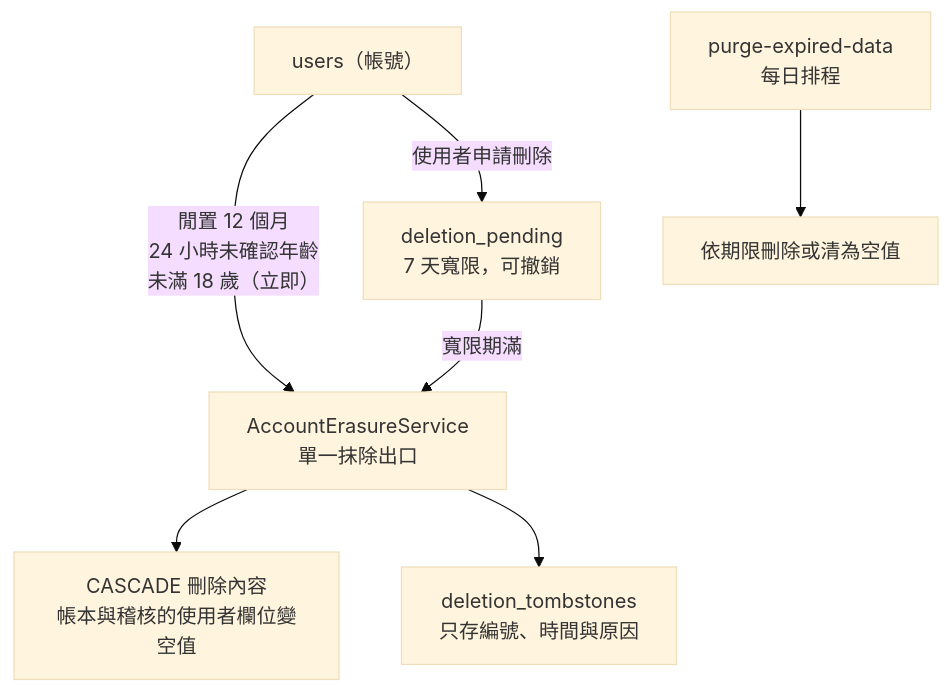
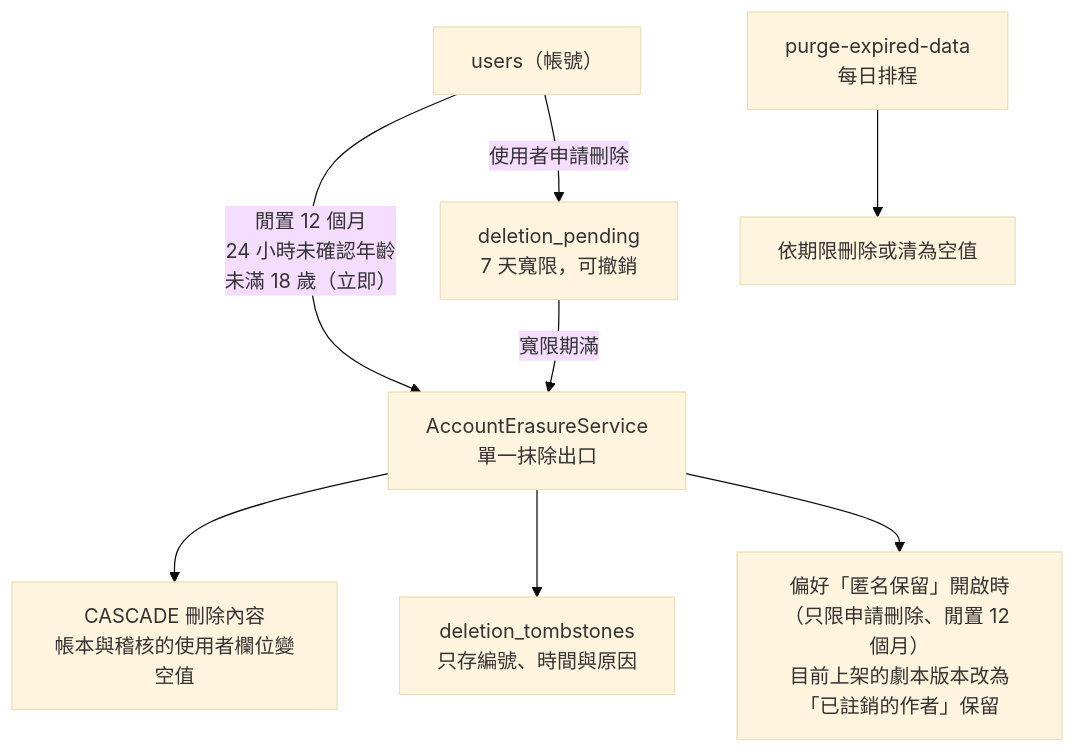
One commit to pp466pp466/R.A.C changed diagram 16 of 18 in docs/2.0簡報.md. Above: the diagram before and after it, drawn with Mermaid (base theme). The commit also changed other lines of this file and 10 other files, not shown here.

````diff
--- a/docs/2.0簡報.md
+++ b/docs/2.0簡報.md
@@ -789,9 +812,10 @@
 ```mermaid
 flowchart TD
     Acc["users（帳號）"] -->|"閒置 12 個月<br/>24 小時未確認年齡<br/>未滿 18 歲（立即）"| Era["AccountErasureService<br/>單一抹除出口"]
     Acc -->|"使用者申請刪除"| Pend["deletion_pending<br/>7 天寬限，可撤銷"]
     Pend -->|"寬限期滿"| Era
     Era --> Wipe["CASCADE 刪除內容<br/>帳本與稽核的使用者欄位變空值"]
     Era --> Tomb["deletion_tombstones<br/>只存編號、時間與原因"]
+    Era --> Keep["偏好「匿名保留」開啟時（只限申請刪除、閒置 12 個月）<br/>目前上架的劇本版本改為「已註銷的作者」保留"]
     Purge["purge-expired-data<br/>每日排程"] --> Cut["依期限刪除或清為空值"]
 ```
````
